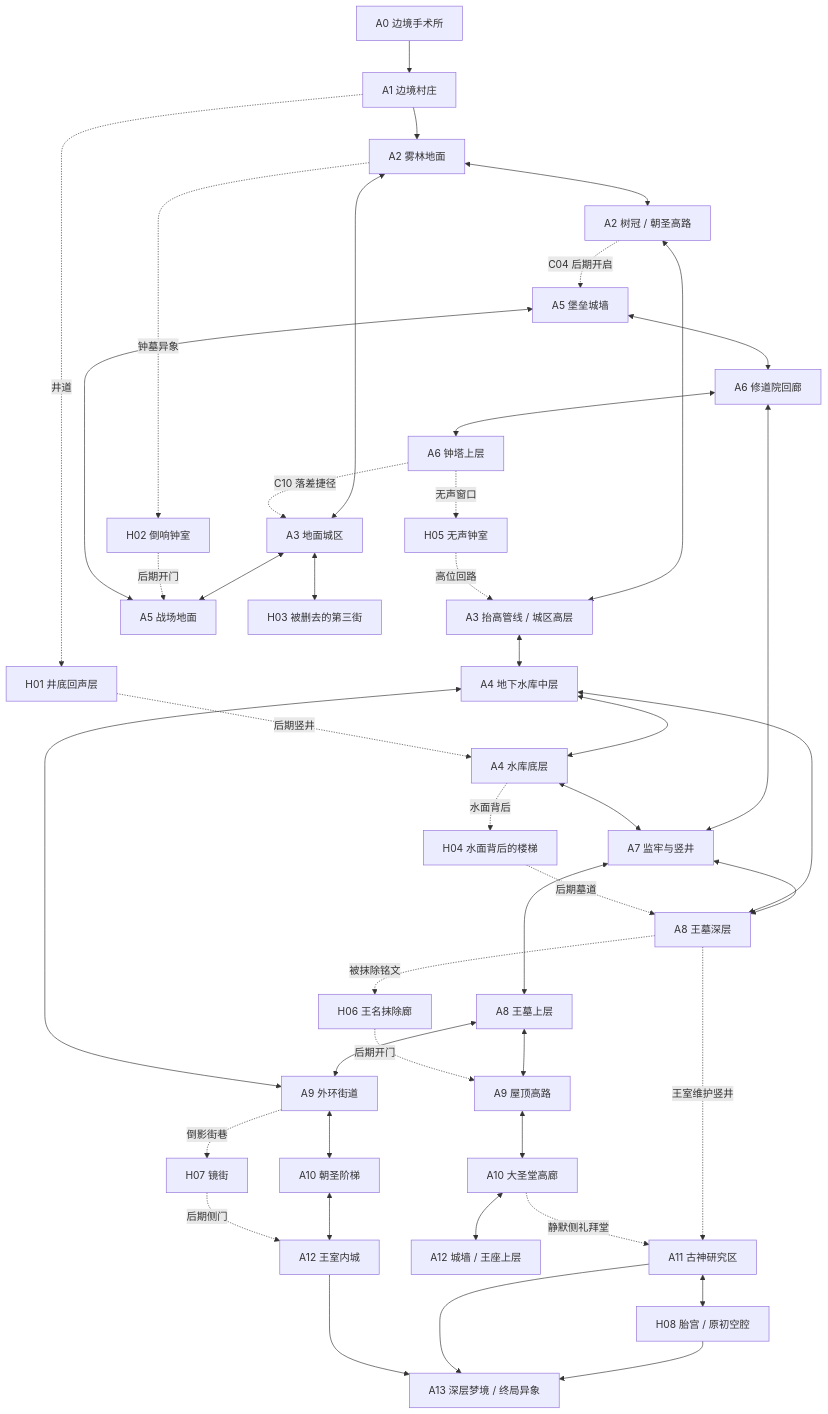
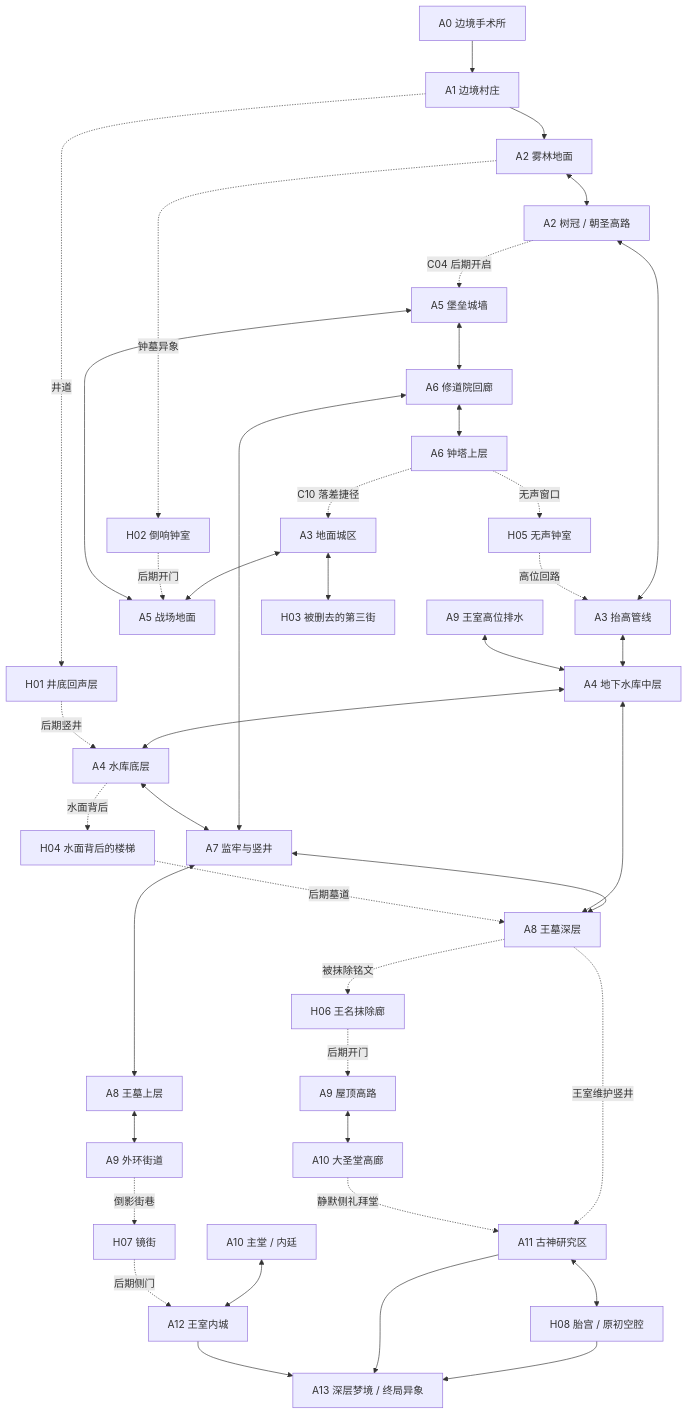
The diagram in docs/BOX_WORLD_FINAL_MAP_DESIGN_CN.md (aspros-luo/Nereis-Hero), drawn with Mermaid before and after one commit.

Commit message:
design: align vertical map diagram with registered macro links

````diff
--- a/docs/BOX_WORLD_FINAL_MAP_DESIGN_CN.md
+++ b/docs/BOX_WORLD_FINAL_MAP_DESIGN_CN.md
@@ -40,47 +40,43 @@
 ```mermaid
 flowchart TB
   A0["A0 边境手术所"] --> A1["A1 边境村庄"]
   A1 --> A2L["A2 雾林地面"]
   A2L <--> A2U["A2 树冠 / 朝圣高路"]
   A2U <--> A3U["A3 抬高管线 / 城区高层"]
-  A2L <--> A3G["A3 地面城区"]
   A2U -. C04 后期开启 .-> A5U["A5 堡垒城墙"]
-  A3G <--> A5G["A5 战场地面"]
+  A3G["A3 地面城区"] <--> A5G["A5 战场地面"]
   A5G <--> A5U
-  A5U <--> A6M["A6 修道院回廊"]
+  A5U["A5 堡垒城墙"] <--> A6M["A6 修道院回廊"]
   A6M <--> A6T["A6 钟塔上层"]
   A6M <--> A7["A7 监牢与竖井"]
   A6T -. C10 落差捷径 .-> A3G
-  A7 <--> A8U["A8 王墓上层"]
+  A7 <--> A8U
   A7 <--> A8D["A8 王墓深层"]
-  A8U <--> A9G["A9 外环街道"]
-  A8U <--> A9R["A9 屋顶高路"]
-  A9R <--> A10U["A10 大圣堂高廊"]
-  A9G <--> A10G["A10 朝圣阶梯"]
-  A10G <--> A12G["A12 王室内城"]
-  A10U <--> A12U["A12 城墙 / 王座上层"]
-  A3U <--> A4U["A4 地下水库中层"]
+  A8U["A8 王墓上层"] <--> A9G["A9 外环街道"]
+  A9R["A9 屋顶高路"] <--> A10U["A10 大圣堂高廊"]
+  A10G["A10 主堂 / 内廷"] <--> A12G["A12 王室内城"]
+  A3U["A3 抬高管线"] <--> A4U["A4 地下水库中层"]
   A4U <--> A4D["A4 水库底层"]
   A4D <--> A7
   A4U <--> A8D
-  A9G <--> A4U
+  A9D["A9 王室高位排水"] <--> A4U
   A3G <--> H03["H03 被删去的第三街"]
   A1 -. 井道 .-> H01["H01 井底回声层"]
   H01 -. 后期竖井 .-> A4D
   A2L -. 钟墓异象 .-> H02["H02 倒响钟室"]
   H02 -. 后期开门 .-> A5G
   A4D -. 水面背后 .-> H04["H04 水面背后的楼梯"]
   H04 -. 后期墓道 .-> A8D
   A6T -. 无声窗口 .-> H05["H05 无声钟室"]
   H05 -. 高位回路 .-> A3U
   A8D -. 被抹除铭文 .-> H06["H06 王名抹除廊"]
   H06 -. 后期开门 .-> A9R
   A9G -. 倒影街巷 .-> H07["H07 镜街"]
   H07 -. 后期侧门 .-> A12G
-  A8D -. 王室维护竖井 .-> A11["A11 古神研究区"]
+  A8D["A8 王墓深层"] -. 王室维护竖井 .-> A11["A11 古神研究区"]
   A10U -. 静默侧礼拜堂 .-> A11
   A11 <--> H08["H08 胎宫 / 原初空腔"]
   H08 --> A13["A13 深层梦境 / 终局异象"]
   A11 --> A13
   A12G --> A13
 ```
````
